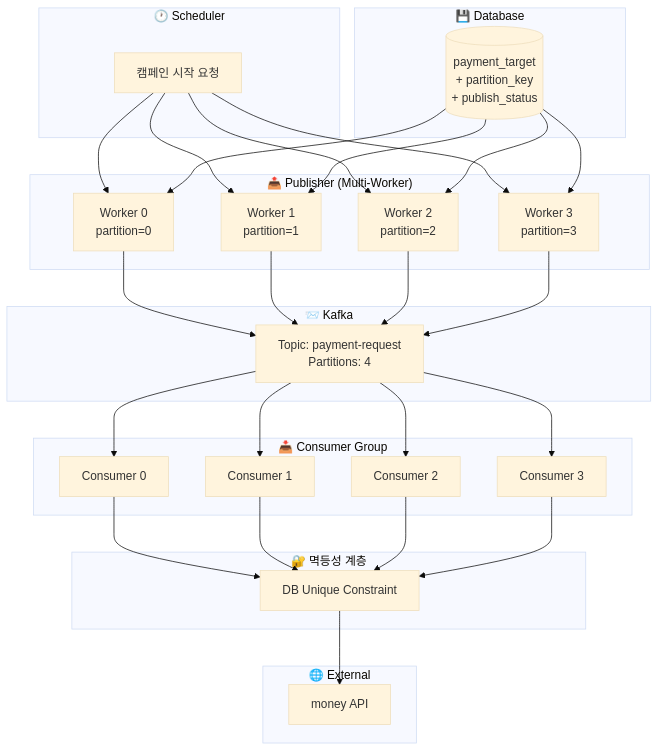
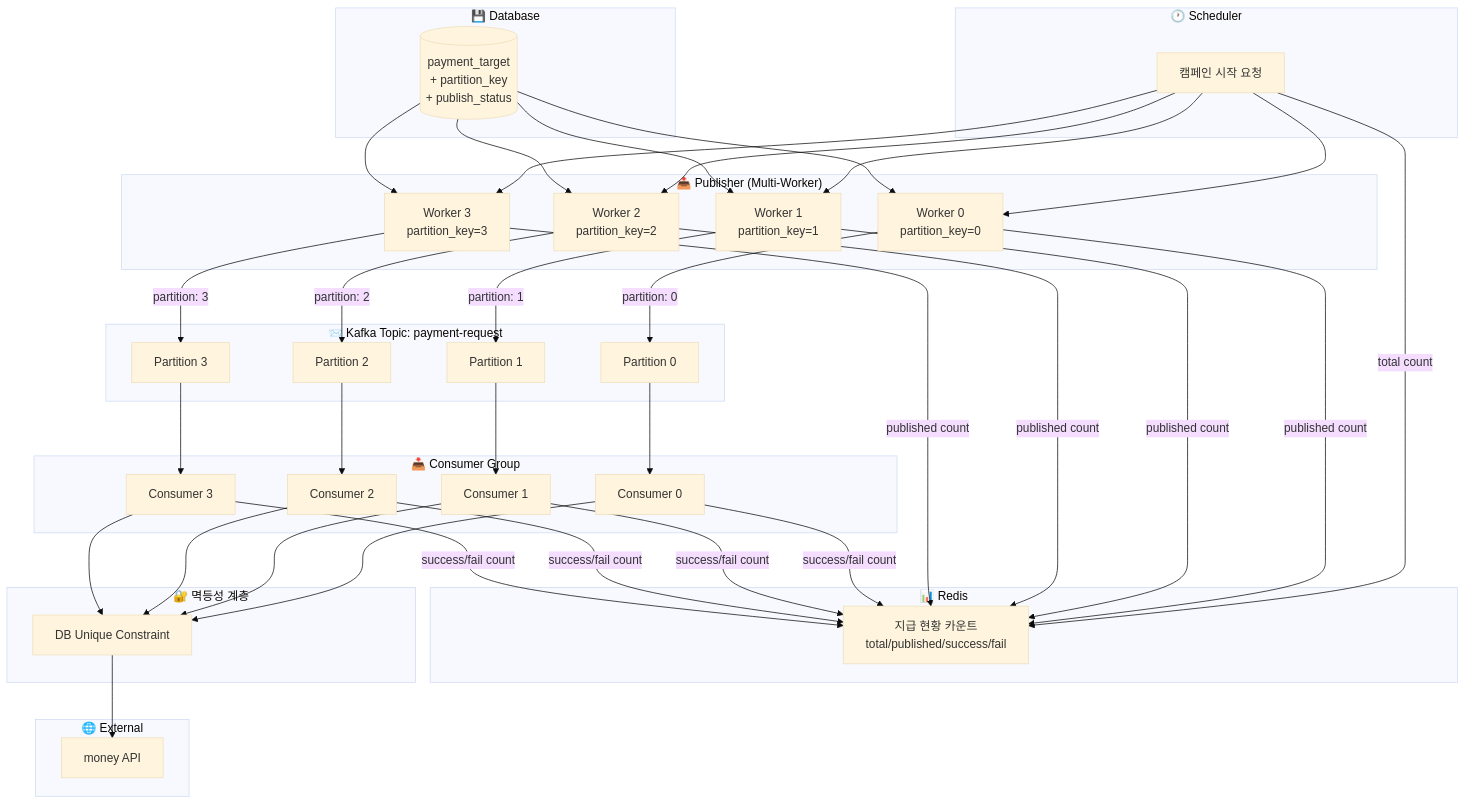
Before and after one commit to JiYoonKimjimmy/obsidian-vault: the first of 8 diagrams in 1. Project/2026_MP_대량 포인트 지급 시스템/02_Architecture.md, drawn with Mermaid (base theme). The commit also changed other lines of this file, not shown here.

````diff
--- a/1. Project/2026_MP_대량 포인트 지급 시스템/02_Architecture.md
+++ b/1. Project/2026_MP_대량 포인트 지급 시스템/02_Architecture.md
@@ -30,43 +30,59 @@
 ```mermaid
 flowchart TB
     subgraph Scheduler["🕐 Scheduler"]
         A[캠페인 시작 요청]
     end
     
     subgraph Publisher["📤 Publisher (Multi-Worker)"]
-        B[Worker 0<br/>partition=0]
-        C[Worker 1<br/>partition=1]
-        D[Worker 2<br/>partition=2]
-        E[Worker 3<br/>partition=3]
+        B[Worker 0<br/>partition_key=0]
+        C[Worker 1<br/>partition_key=1]
+        D[Worker 2<br/>partition_key=2]
+        E[Worker 3<br/>partition_key=3]
     end
     
     subgraph DB["💾 Database"]
         F[(payment_target<br/>+ partition_key<br/>+ publish_status)]
     end
     
-    subgraph Kafka["📨 Kafka"]
-        G[Topic: payment-request<br/>Partitions: 4]
+    subgraph Cache["📊 Redis"]
+        R[지급 현황 카운트<br/>total/published/success/fail]
+    end
+    
+    subgraph Kafka["📨 Kafka Topic: payment-request"]
+        G0[Partition 0]
+        G1[Partition 1]
+        G2[Partition 2]
+        G3[Partition 3]
     end
     
     subgraph Consumer["📥 Consumer Group"]
         H[Consumer 0]
         I[Consumer 1]
         J[Consumer 2]
         K[Consumer 3]
     end
     
     subgraph Idempotency["🔐 멱등성 계층"]
         L[DB Unique Constraint]
     end
     
     subgraph External["🌐 External"]
         M[money API]
     end
     
     A --> B & C & D & E
+    A -->|total count| R
     F --> B & C & D & E
-    B & C & D & E --> G
-    G --> H & I & J & K
+    B -->|partition: 0| G0
+    C -->|partition: 1| G1
+    D -->|partition: 2| G2
+    E -->|partition: 3| G3
+    B & C & D & E -->|published count| R
+    G0 --> H
+    G1 --> I
+    G2 --> J
+    G3 --> K
     H & I & J & K --> L
+    H & I & J & K -->|success/fail count| R
     L --> M
 ```
````
